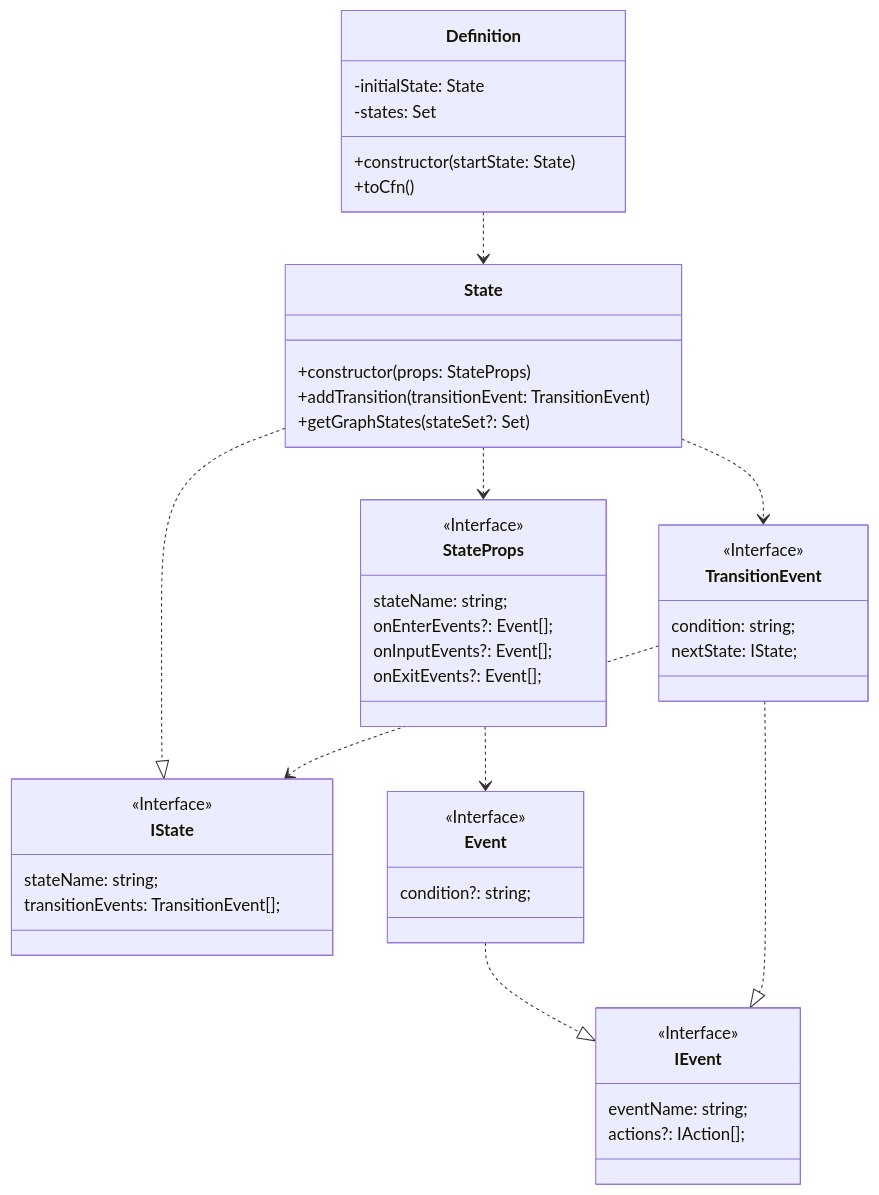
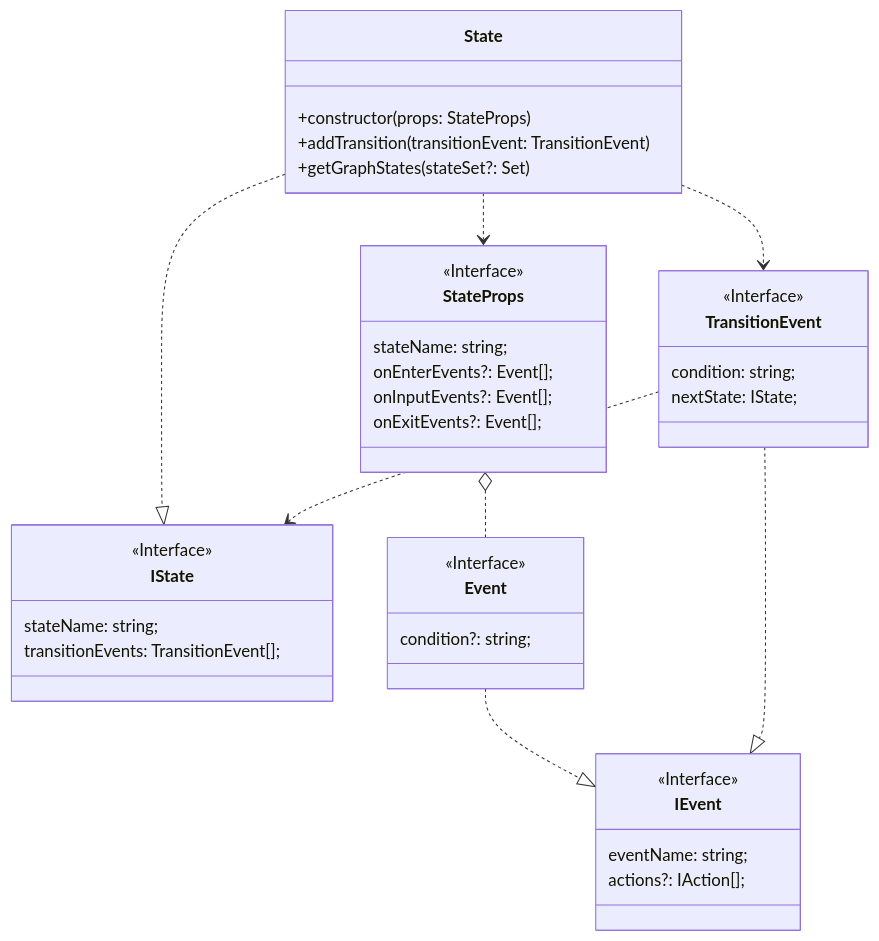
The third of 3 diagrams in articles/2021-11-25-aws-cdk-iotevents-l2.md (yamatatsu/zenn-contents), drawn with Mermaid before and after one commit. The commit also changed other lines of this file, not shown here.

````diff
--- a/articles/2021-11-25-aws-cdk-iotevents-l2.md
+++ b/articles/2021-11-25-aws-cdk-iotevents-l2.md
@@ -64,50 +64,42 @@
 ```mermaid
 classDiagram
-  Definition ..> State
   State ..> StateProps
   State ..> TransitionEvent
   State ..|> IState
-  StateProps ..> Event
+  StateProps o.. Event
   TransitionEvent ..> IState
   Event ..|> IEvent
   TransitionEvent ..|> IEvent
-
-  class Definition {
-    -initialState: State
-    -states: Set<State>
-    +constructor(startState: State)
-    +toCfn()
-  }
 
   class State {
     +constructor(props: StateProps)
     +addTransition(transitionEvent: TransitionEvent)
     +getGraphStates(stateSet?: Set<State>)
   }
   class StateProps {
     stateName: string;
     onEnterEvents?: Event[];
     onInputEvents?: Event[];
     onExitEvents?: Event[];
   }
   <<Interface>> StateProps
   class Event {
     condition?: string;
   }
   <<Interface>> Event
   class TransitionEvent {
     condition: string;
     nextState: IState;
   }
   <<Interface>> TransitionEvent
   class IState {
     stateName: string;
     transitionEvents: TransitionEvent[];
   }
   <<Interface>> IState
   class IEvent {
     eventName: string;
     actions?: IAction[];
   }
   <<Interface>> IEvent
 ```
````
